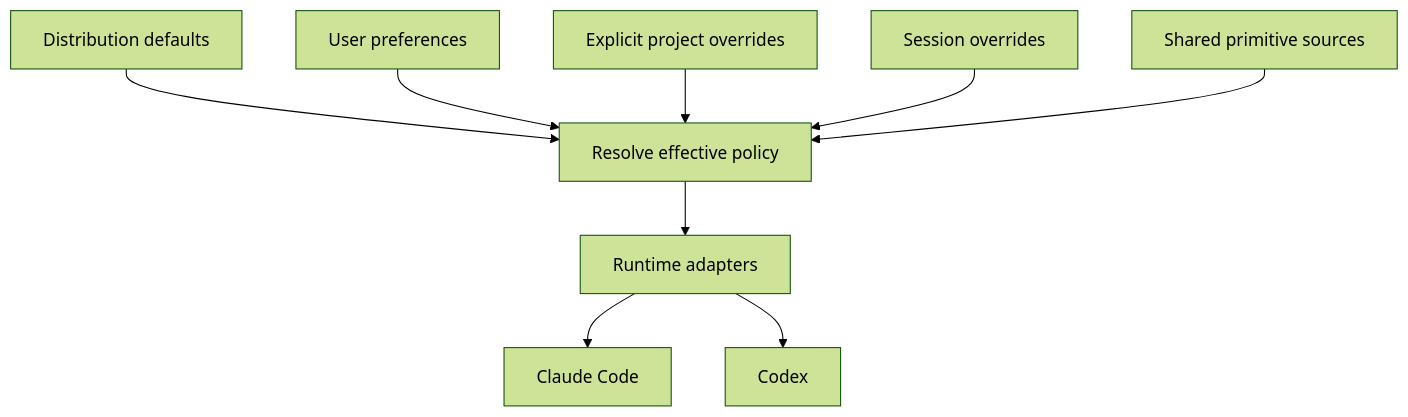
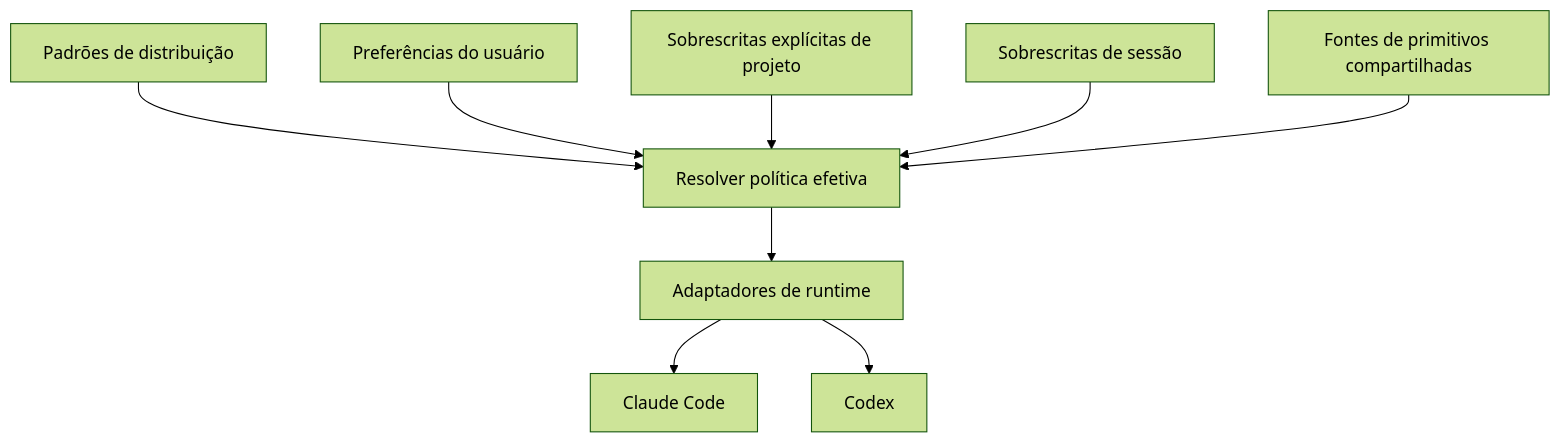
Before and after one commit to AnderHonorato/Agente-sem-Texto-Jev-Claude-: the diagram in referencias/model-citizen/docs/how-it-works.md, drawn with Mermaid (forest theme). The commit also changed other lines of this file and 2 other files, not shown here.

````diff
--- a/referencias/model-citizen/docs/how-it-works.md
+++ b/referencias/model-citizen/docs/how-it-works.md
@@ -33,11 +35,11 @@
 ```mermaid
 flowchart TD
-  D[Distribution defaults] --> R[Resolve effective policy]
-  U[User preferences] --> R
-  P[Explicit project overrides] --> R
-  E[Session overrides] --> R
-  S[Shared primitive sources] --> R
-  R --> A[Runtime adapters]
+  D[Padrões de distribuição] --> R[Resolver política efetiva]
+  U[Preferências do usuário] --> R
+  P[Sobrescritas explícitas de projeto] --> R
+  E[Sobrescritas de sessão] --> R
+  S[Fontes de primitivos compartilhadas] --> R
+  R --> A[Adaptadores de runtime]
   A --> C[Claude Code]
   A --> X[Codex]
 ```
````
